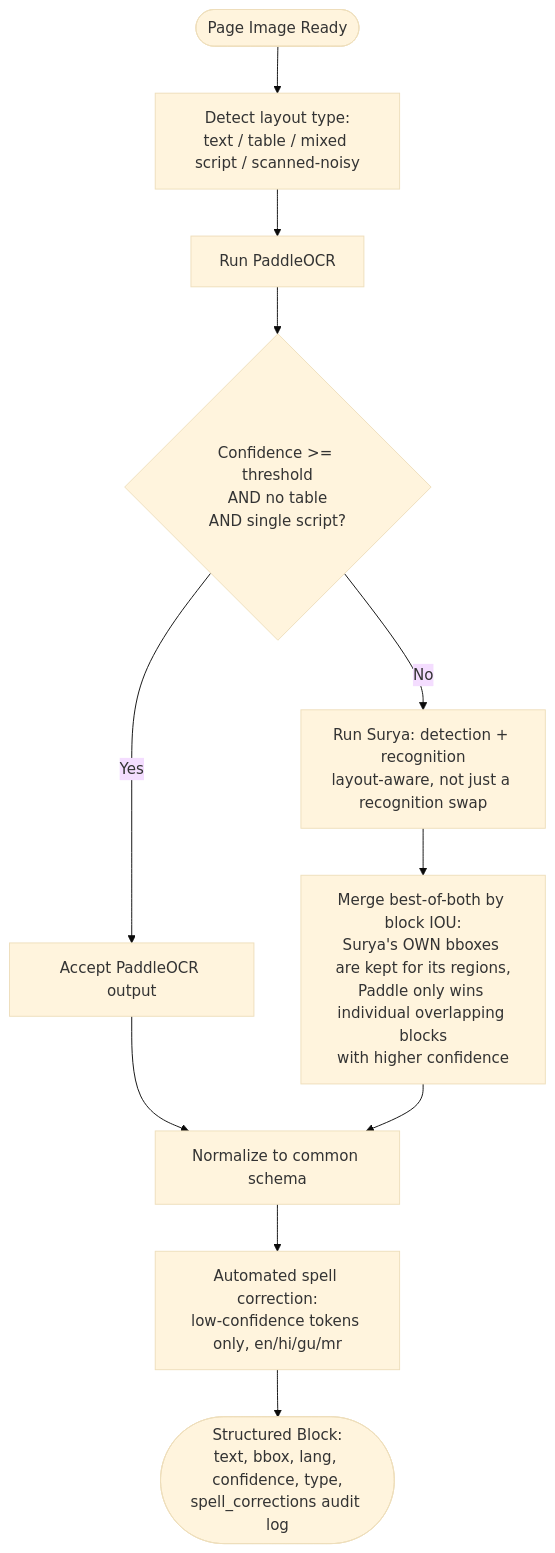
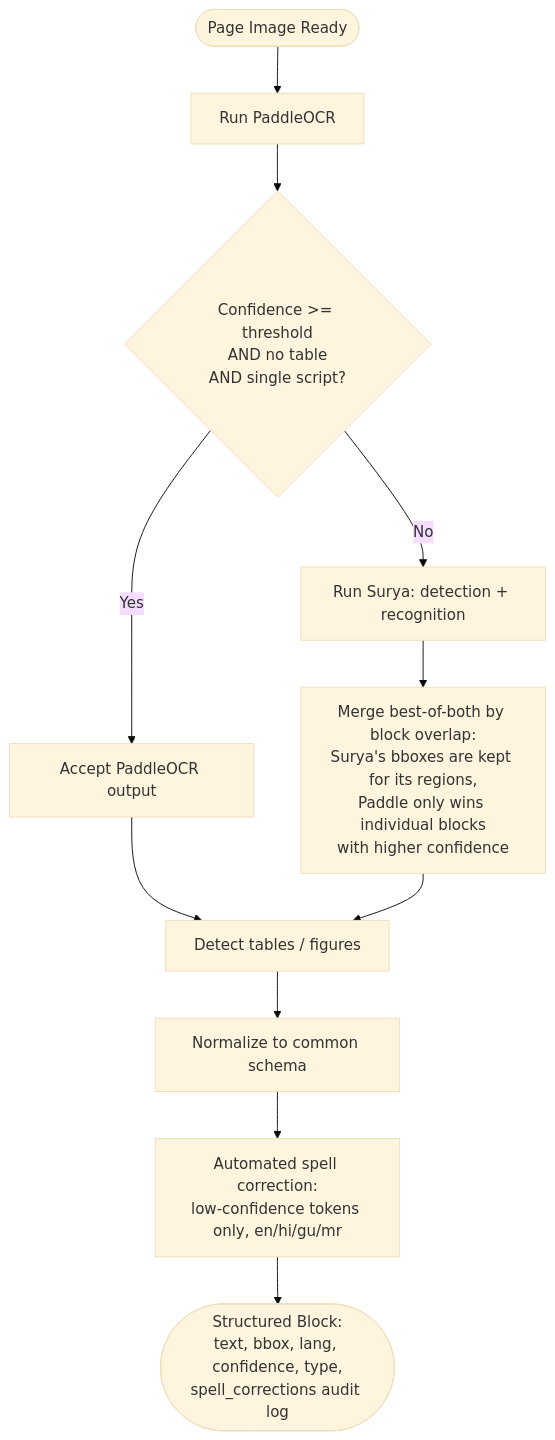
Before and after one commit to khiloni/Multilingual-OCR-pipeline-architecture: the third of 5 diagrams in ARCHITECTURE.md, drawn with Mermaid (base theme). The commit also changed other lines of this file and 7 other files, not shown here.

````diff
--- a/ARCHITECTURE.md
+++ b/ARCHITECTURE.md
@@ -181,13 +151,13 @@
 ```mermaid
 flowchart TD
-    Start([Page Image Ready]) --> Detect[Detect layout type:\ntext / table / mixed script / scanned-noisy]
-    Detect --> Run[Run PaddleOCR]
+    Start([Page Image Ready]) --> Run[Run PaddleOCR]
     Run --> Score{Confidence >= threshold\nAND no table\nAND single script?}
     Score -->|Yes| Accept[Accept PaddleOCR output]
-    Score -->|No| Fallback[Run Surya: detection + recognition\nlayout-aware, not just a recognition swap]
-    Fallback --> Merge[Merge best-of-both by block IOU:\nSurya's OWN bboxes are kept for its regions,\nPaddle only wins individual overlapping blocks\nwith higher confidence]
-    Accept --> Normalize[Normalize to common schema]
-    Merge --> Normalize
+    Score -->|No| Fallback[Run Surya: detection + recognition]
+    Fallback --> Merge[Merge best-of-both by block overlap:\nSurya's bboxes are kept for its regions,\nPaddle only wins individual blocks\nwith higher confidence]
+    Accept --> Structure[Detect tables / figures]
+    Merge --> Structure
+    Structure --> Normalize[Normalize to common schema]
     Normalize --> Spell[Automated spell correction:\nlow-confidence tokens only, en/hi/gu/mr]
     Spell --> Output([Structured Block:\ntext, bbox, lang, confidence, type,\nspell_corrections audit log])
 ```
````
